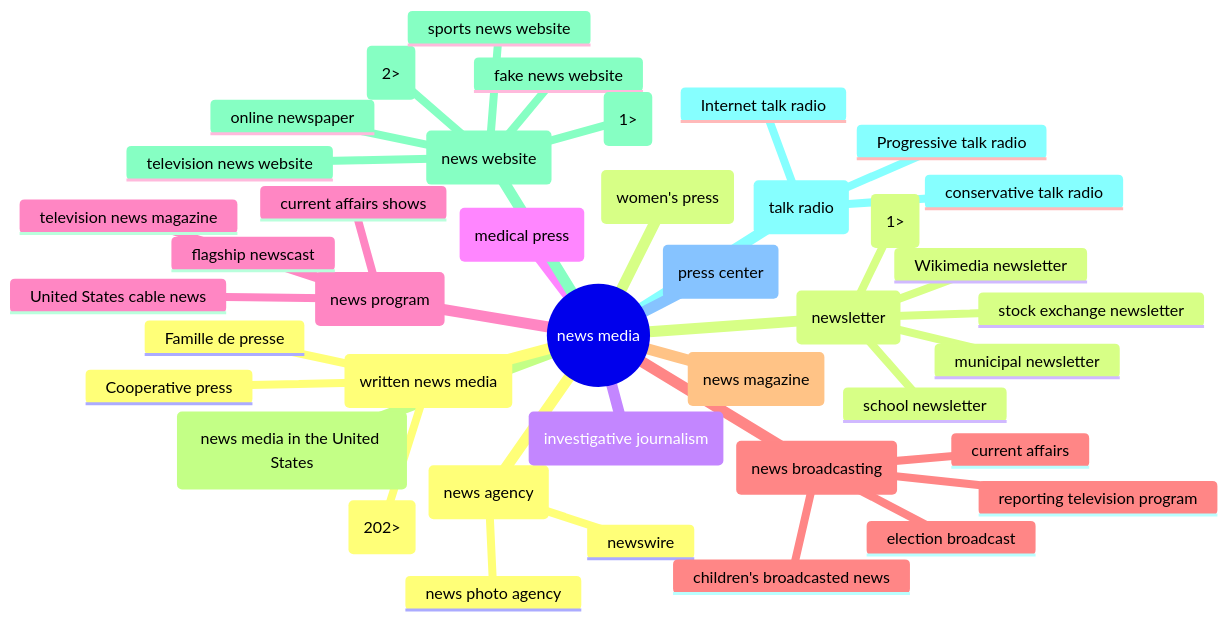
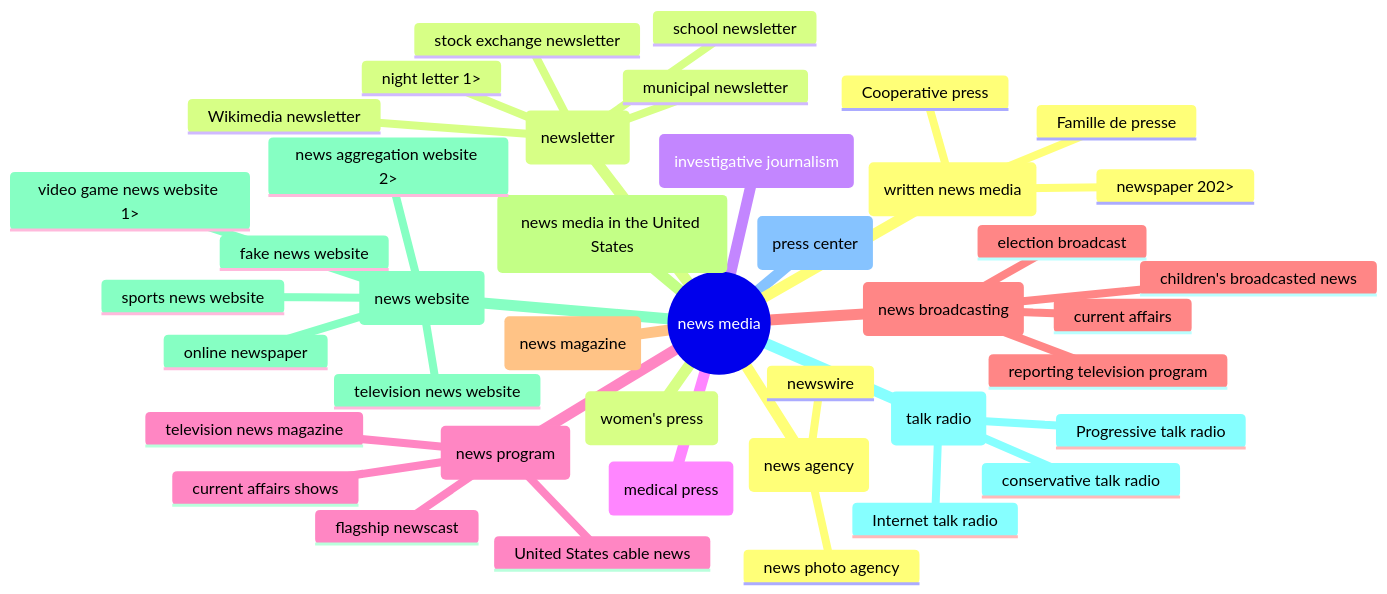
The diagram in README.md (hearvox/wiki-media-cred), drawn with Mermaid before and after one commit.

````diff
--- a/README.md
+++ b/README.md
@@ -46,44 +46,44 @@
 ```mermaid
 mindmap
 	root((news media))
 		id(news agency)
 			news photo agency
 			newswire
 		id(newsletter)
 			municipal newsletter
-			night letter (1>)
+			night letter 1>
 			school newsletter
 			stock exchange newsletter
 			Wikimedia newsletter
 		id(investigative journalism)	
 		id(medical press)	
 		id(news program)	
 			current affairs shows
 			flagship newscast
 			television news magazine
 			United States cable news
 		id(news broadcasting)	
 			children's broadcasted news
 			current affairs
 			election broadcast
 			reporting television program
 		id(news magazine)
 		id(news media in the United States)
 		id(news website)
 			fake news website
-			news aggregation website (2>)
+			news aggregation website 2>
 			online newspaper
 			sports news website
 			television news website
-			video game news website (1>)
+			video game news website 1>
 		id(talk radio)
 			conservative talk radio
 			Internet talk radio
 			Progressive talk radio
 		id(press center)	
 		id(written news media)
 			Cooperative press
 			Famille de presse
-			newspaper (202>)
+			newspaper 202>
 		id(women's press)
  ```
````
